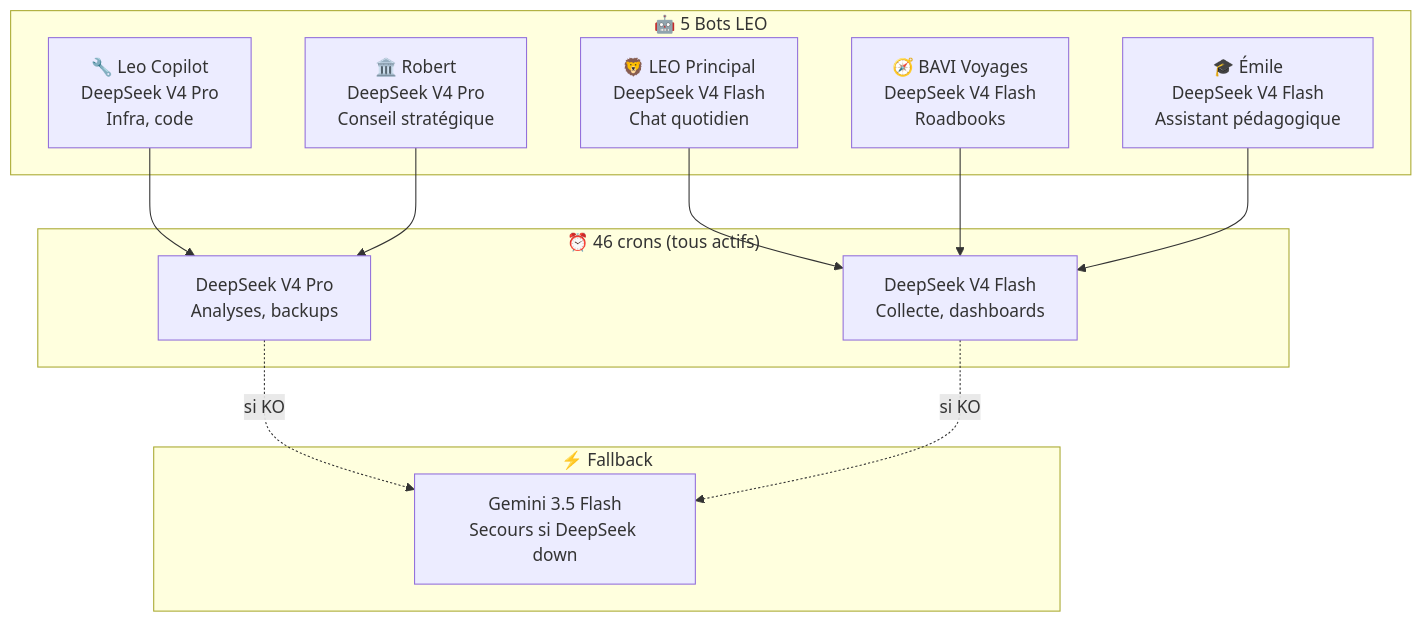
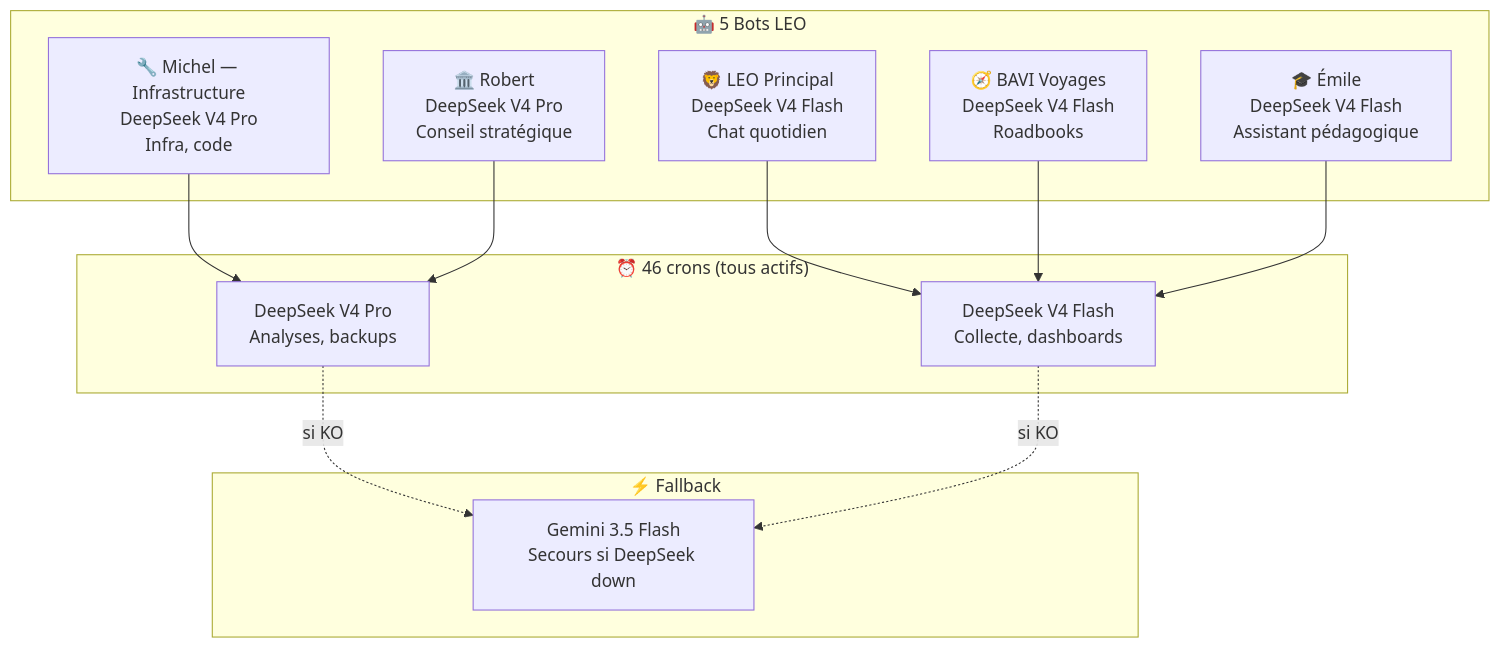
One commit to christophedanhier-hash/hermes-wiki changed the third of 3 diagrams in docs/hermes/decisions/pourquoi-deepseek-pas-gemini.md. Above: the diagram before and after it, drawn with Mermaid. The commit also changed other lines of this file, not shown here.

Commit message:
fix(deepseek-vs-gemini): correction Leo Copilot→Michel, crons 41→46

````diff
--- a/docs/hermes/decisions/pourquoi-deepseek-pas-gemini.md
+++ b/docs/hermes/decisions/pourquoi-deepseek-pas-gemini.md
@@ -132,23 +130,23 @@
 ```mermaid
 flowchart TB
     subgraph BOTS["🤖 5 Bots LEO"]
         MAIN["🦁 LEO Principal\nDeepSeek V4 Flash\nChat quotidien"]
-        COPILOT["🔧 Leo Copilot\nDeepSeek V4 Pro\nInfra, code"]
+        MICHEL["🔧 Michel — Infrastructure\nDeepSeek V4 Pro\nInfra, code"]
         BAVI["🧭 BAVI Voyages\nDeepSeek V4 Flash\nRoadbooks"]
         EMILE["🎓 Émile\nDeepSeek V4 Flash\nAssistant pédagogique"]
         ROBERT["🏛️ Robert\nDeepSeek V4 Pro\nConseil stratégique"]
     end
 
     subgraph BACKUP["⚡ Fallback"]
         GEMINI["Gemini 3.5 Flash\nSecours si DeepSeek down"]
     end
 
     subgraph CRONS["⏰ 46 crons (tous actifs)"]
         DS_PRO["DeepSeek V4 Pro\nAnalyses, backups"]
         DS_FLASH["DeepSeek V4 Flash\nCollecte, dashboards"]
     end
 
     MAIN & BAVI & EMILE --> DS_FLASH
-    COPILOT & ROBERT --> DS_PRO
+    MICHEL & ROBERT --> DS_PRO
     DS_PRO & DS_FLASH -.->|si KO| GEMINI
 ```
````
